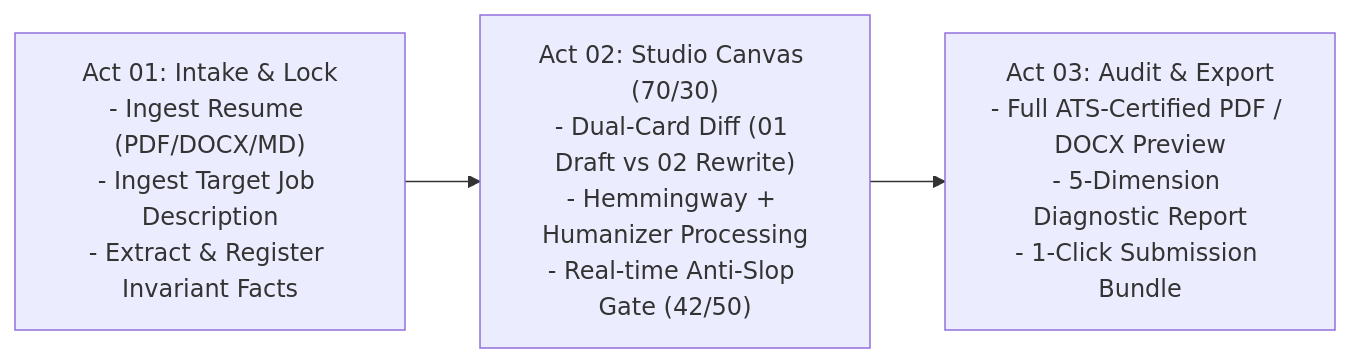
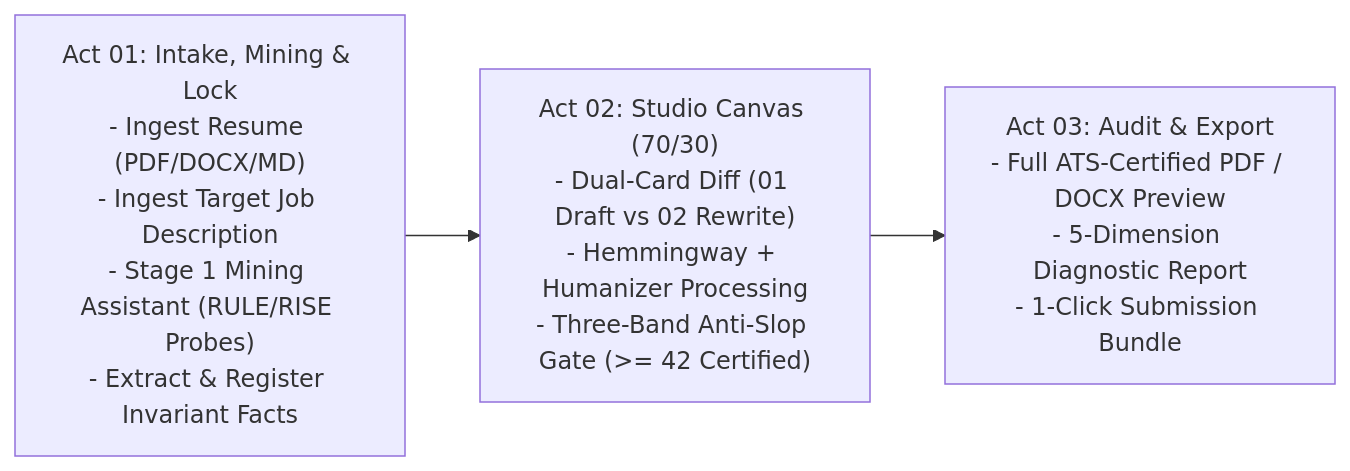
One commit to poferraz/career-ops changed the fifth of 9 diagrams in docs/superpowers/specs/2026-10-10-dual-engine-resume-product-design.md. Above: the diagram before and after it, drawn with Mermaid. The commit also changed other lines of this file and 12 other files, not shown here.

````diff
--- a/docs/superpowers/specs/2026-10-10-dual-engine-resume-product-design.md
+++ b/docs/superpowers/specs/2026-10-10-dual-engine-resume-product-design.md
@@ -248,6 +344,6 @@
 ```mermaid
 flowchart LR
-    ACT1["Act 01: Intake & Lock<br/>- Ingest Resume (PDF/DOCX/MD)<br/>- Ingest Target Job Description<br/>- Extract & Register Invariant Facts"] 
-    --> ACT2["Act 02: Studio Canvas (70/30)<br/>- Dual-Card Diff (01 Draft vs 02 Rewrite)<br/>- Hemmingway + Humanizer Processing<br/>- Real-time Anti-Slop Gate (42/50)"]
+    ACT1["Act 01: Intake, Mining & Lock<br/>- Ingest Resume (PDF/DOCX/MD)<br/>- Ingest Target Job Description<br/>- Stage 1 Mining Assistant (RULE/RISE Probes)<br/>- Extract & Register Invariant Facts"] 
+    --> ACT2["Act 02: Studio Canvas (70/30)<br/>- Dual-Card Diff (01 Draft vs 02 Rewrite)<br/>- Hemmingway + Humanizer Processing<br/>- Three-Band Anti-Slop Gate (>= 42 Certified)"]
     --> ACT3["Act 03: Audit & Export<br/>- Full ATS-Certified PDF / DOCX Preview<br/>- 5-Dimension Diagnostic Report<br/>- 1-Click Submission Bundle"]
 ```
````
